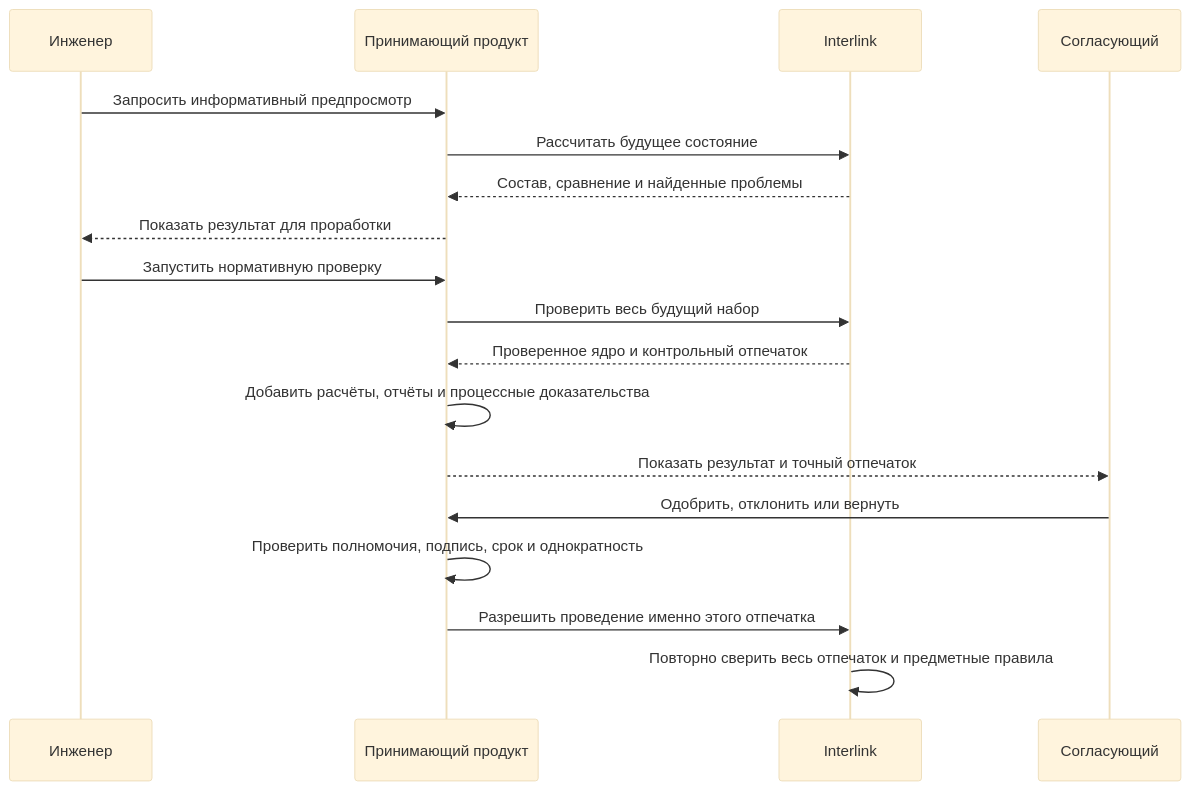
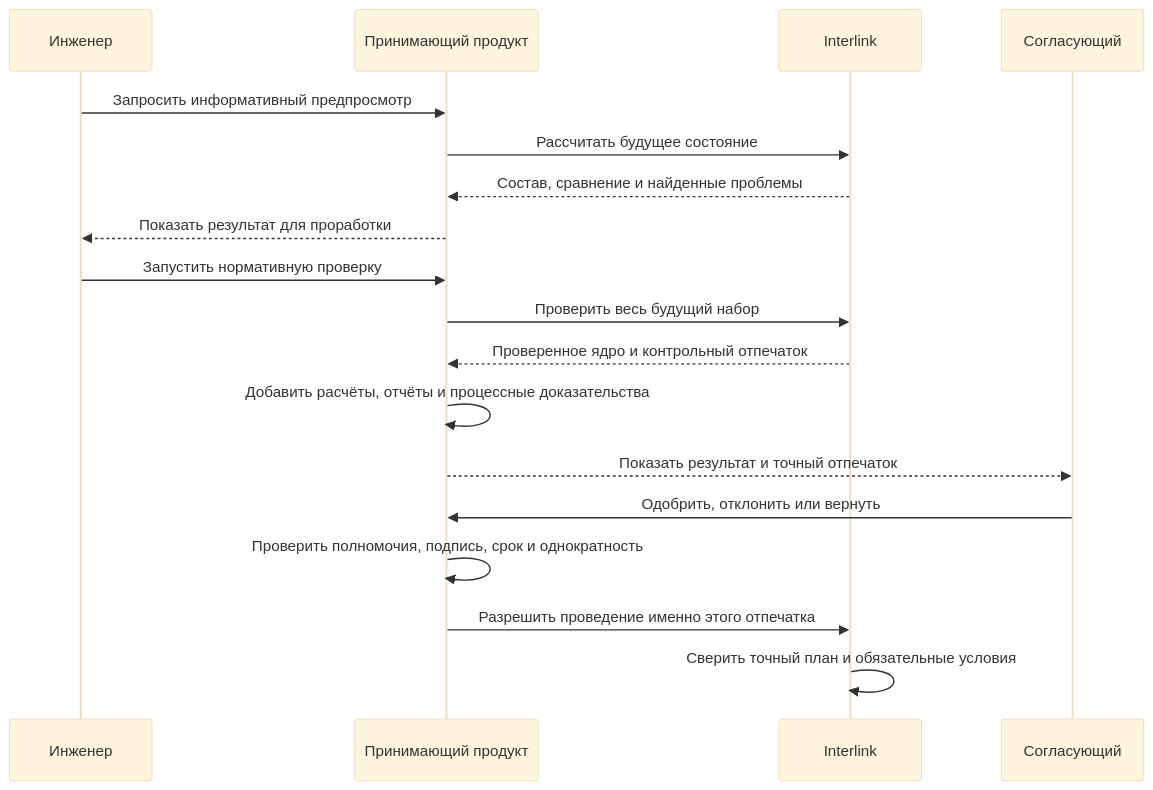
One commit to ZelAnton/Interlink-product-book changed the second of 2 diagrams in wiki/Change-package-preview.md. Above: the diagram before and after it, drawn with Mermaid (base theme). The commit also changed other lines of this file and 231 other files, not shown here.

````diff
--- a/wiki/Change-package-preview.md
+++ b/wiki/Change-package-preview.md
@@ -116,21 +141,21 @@
 ```mermaid
 sequenceDiagram
     participant И as Инженер
     participant Х as Принимающий продукт
     participant П as Interlink
     participant С as Согласующий
 
     И->>Х: Запросить информативный предпросмотр
     Х->>П: Рассчитать будущее состояние
     П-->>Х: Состав, сравнение и найденные проблемы
     Х-->>И: Показать результат для проработки
     И->>Х: Запустить нормативную проверку
     Х->>П: Проверить весь будущий набор
     П-->>Х: Проверенное ядро и контрольный отпечаток
     Х->>Х: Добавить расчёты, отчёты и процессные доказательства
     Х-->>С: Показать результат и точный отпечаток
     С->>Х: Одобрить, отклонить или вернуть
     Х->>Х: Проверить полномочия, подпись, срок и однократность
     Х->>П: Разрешить проведение именно этого отпечатка
-    П->>П: Повторно сверить весь отпечаток и предметные правила
+    П->>П: Сверить точный план и обязательные условия
 ```
````
